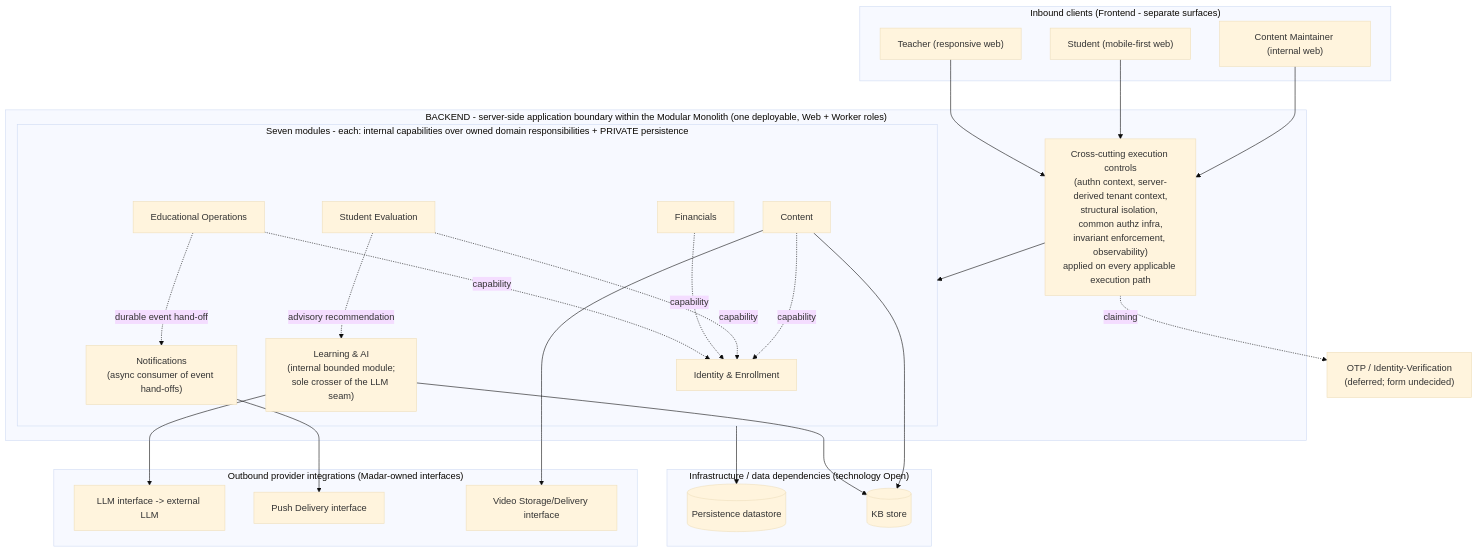
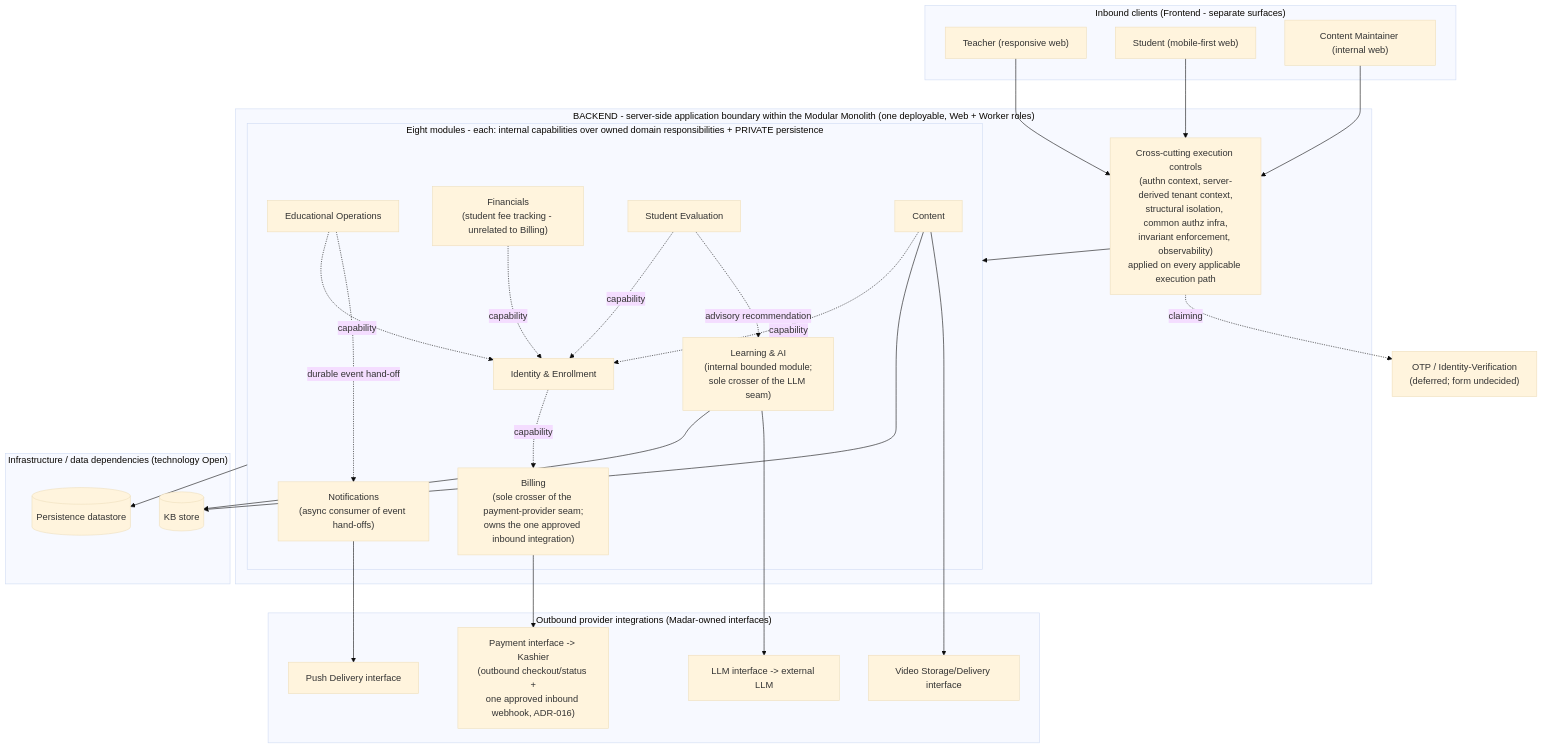
One commit to mohamedayman12oo54-cmd/madar changed the diagram in docs/services/backend/diagrams/structure/backend-modules.mmd. Above: the diagram before and after it, drawn with Mermaid (base theme). The commit also changed 44 other files, not shown here.

First line of the commit message:
docs(billing): record Kashier commercial and architectural decisions

```diff
--- a/docs/services/backend/diagrams/structure/backend-modules.mmd
+++ b/docs/services/backend/diagrams/structure/backend-modules.mmd
@@ -1,60 +1,64 @@
 %% Backend Internal Structural / Module View
 %% Descriptive. Specializes system 04-architecture/building-blocks.
 %% NOTE: depicts structural responsibilities and boundaries only.
 %% Does NOT prescribe a layering pattern, repositories, handlers, framework, or any stack/technology.
 
 flowchart TB
     subgraph CLIENTS["Inbound clients (Frontend - separate surfaces)"]
         T["Teacher (responsive web)"]
         S["Student (mobile-first web)"]
         CM["Content Maintainer (internal web)"]
     end
 
     T --> XC
     S --> XC
     CM --> XC
 
     subgraph BACKEND["BACKEND - server-side application boundary within the Modular Monolith (one deployable, Web + Worker roles)"]
         XC["Cross-cutting execution controls\n(authn context, server-derived tenant context,\nstructural isolation, common authz infra,\ninvariant enforcement, observability)\napplied on every applicable execution path"]
 
-        subgraph MODULES["Seven modules - each: internal capabilities over owned domain responsibilities + PRIVATE persistence"]
+        subgraph MODULES["Eight modules - each: internal capabilities over owned domain responsibilities + PRIVATE persistence"]
             IE["Identity & Enrollment"]
             EO["Educational Operations"]
-            FIN["Financials"]
+            FIN["Financials\n(student fee tracking - unrelated to Billing)"]
             SE["Student Evaluation"]
             CON["Content"]
             LAI["Learning & AI\n(internal bounded module;\nsole crosser of the LLM seam)"]
             NOT["Notifications\n(async consumer of event hand-offs)"]
+            BIL["Billing\n(sole crosser of the payment-provider seam;\nowns the one approved inbound integration)"]
         end
 
         XC --> MODULES
 
         %% capability-oriented collaboration (no cross-module persistence access)
         EO -. capability .-> IE
         FIN -. capability .-> IE
         SE -. capability .-> IE
         CON -. capability .-> IE
         SE -. advisory recommendation .-> LAI
         EO -. durable event hand-off .-> NOT
     end
 
     subgraph INFRA["Infrastructure / data dependencies (technology Open)"]
         DB[("Persistence datastore")]
         KB[("KB store")]
     end
 
     subgraph PROV["Outbound provider integrations (Madar-owned interfaces)"]
         LLM["LLM interface -> external LLM"]
         PUSH["Push Delivery interface"]
         VID["Video Storage/Delivery interface"]
+        PAY["Payment interface -> Kashier\n(outbound checkout/status +\none approved inbound webhook, ADR-016)"]
     end
 
     OTP["OTP / Identity-Verification\n(deferred; form undecided)"]
 
     MODULES --> DB
     LAI --> KB
     CON --> KB
     LAI --> LLM
     NOT --> PUSH
     CON --> VID
+    BIL --> PAY
+    IE -. capability .-> BIL
     XC -. claiming .-> OTP
```
